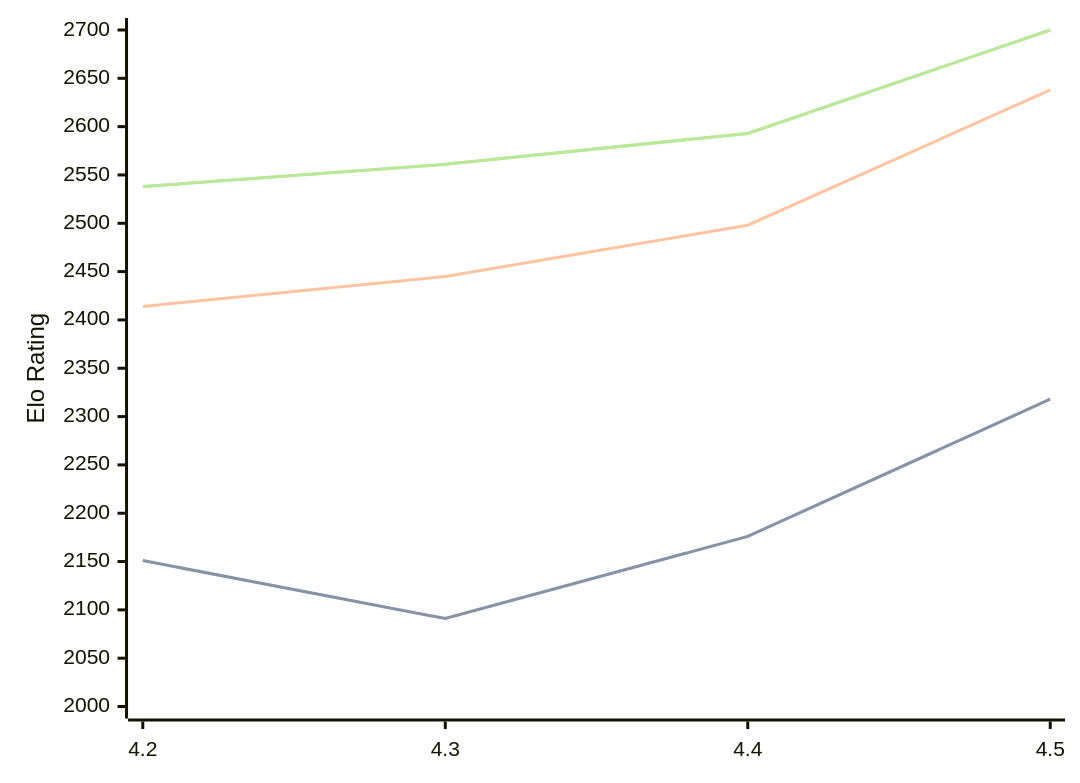
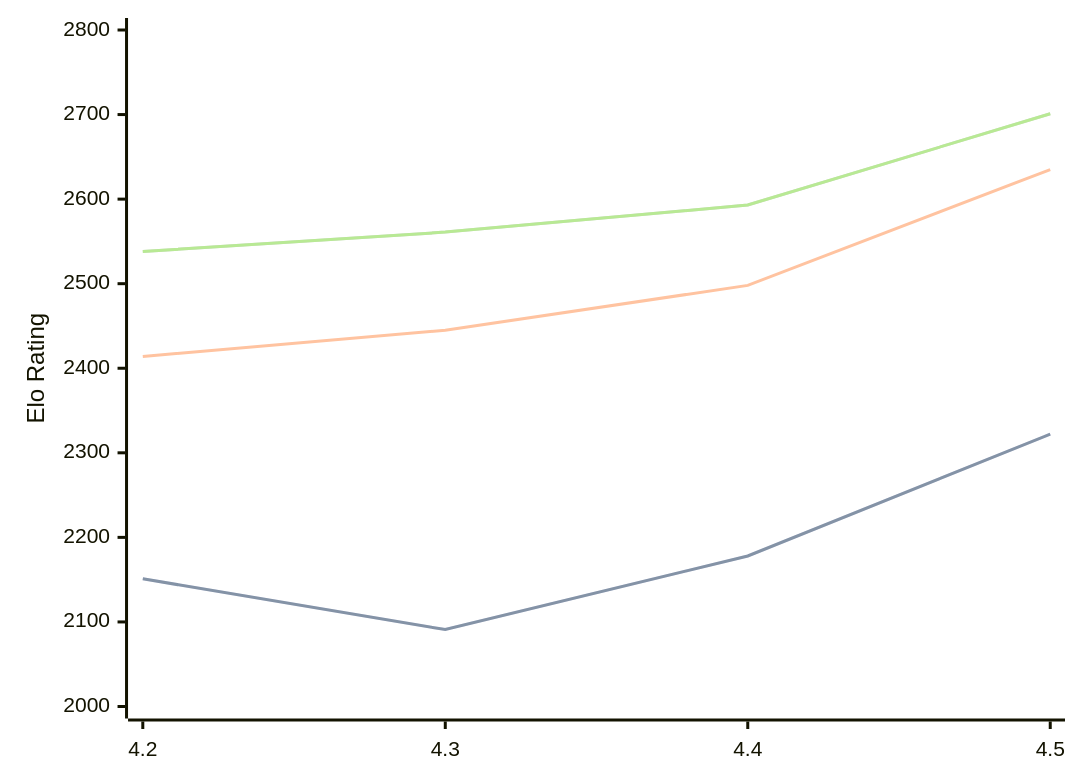
One commit to computer-chess-index/cci changed the first of 3 diagrams in engines/Eubos.md. Above: the diagram before and after it, drawn with Mermaid. The commit also changed other lines of this file, not shown here.

Commit message:
Update CCI Ratings (ELO VLTC) - 2026-07-09

````diff
--- a/engines/Eubos.md
+++ b/engines/Eubos.md
@@ -90,11 +90,11 @@
 ```mermaid
 %%{init: {"theme":"base","themeVariables":{"seriesColors:['#a3a3a3','#222221','#faa371']}}}%%
 xychart-beta
   x-axis ["4.2", "4.3", "4.4", "4.5"]
-  y-axis "Elo Rating" 2000 --> 2700
-  line "STC (8.0+0.08s)" [2151, 2091, 2176, 2318]
-  line "STC (8.0+0.08s)" [2151, 2091, 2176, 2318]
-  line "LTC (60.0+0.60s)" [2414, 2445, 2498, 2638]
-  line "VLTC (2m24s+1.12s)" [2538, 2561, 2593, 2700]
-  line "VLTC (2m24s+1.12s)" [2538, 2561, 2593, 2700]
+  y-axis "Elo Rating" 2000 --> 2800
+  line "STC (8.0+0.08s)" [2151, 2091, 2178, 2322]
+  line "STC (8.0+0.08s)" [2151, 2091, 2178, 2322]
+  line "LTC (60.0+0.60s)" [2414, 2445, 2498, 2635]
+  line "VLTC (2m24s+1.12s)" [2538, 2561, 2593, 2701]
+  line "VLTC (2m24s+1.12s)" [2538, 2561, 2593, 2701]
 ```
````
